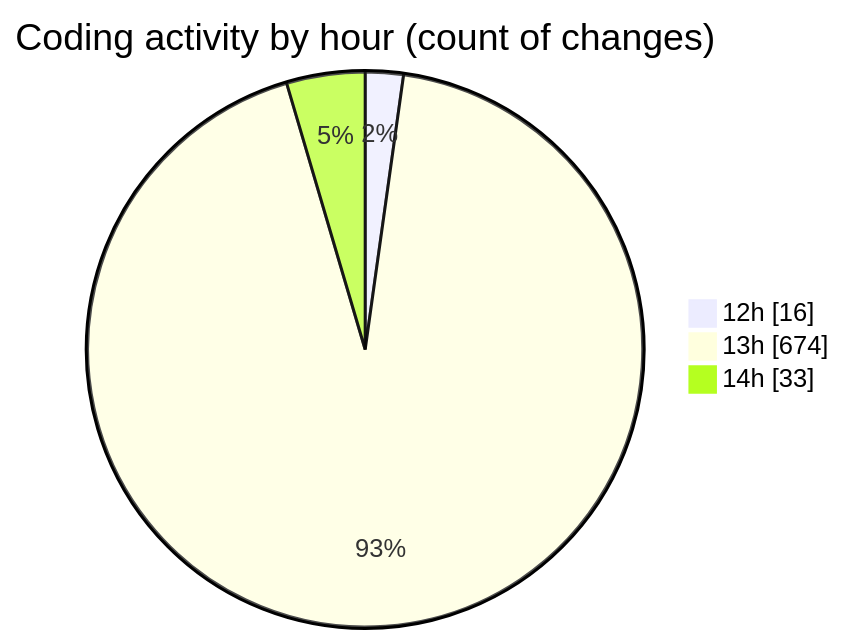
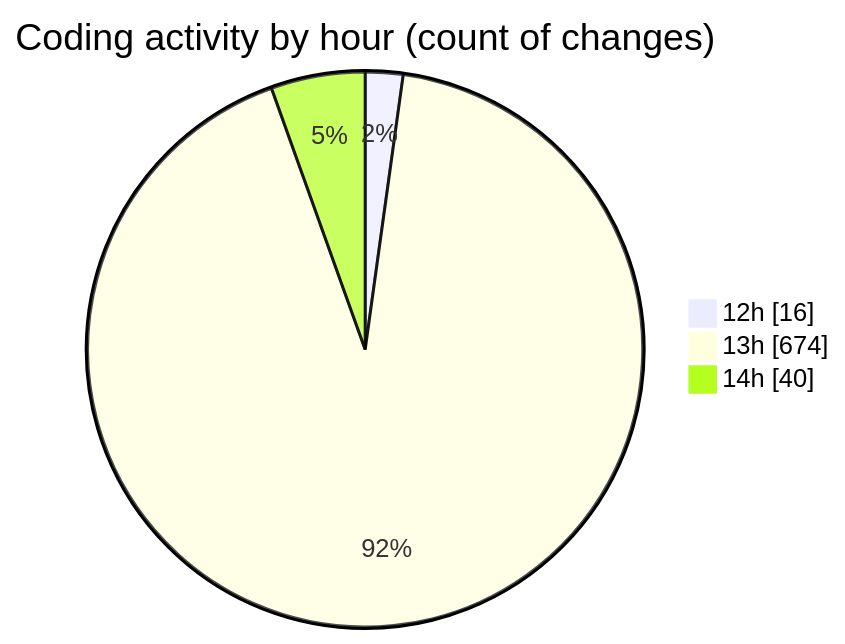
Before and after one commit to vahidmafi/code-tracking: the second of 2 diagrams in 2025-09-16/www/README.md, drawn with Mermaid. The commit also changed other lines of this file and 1 other file, not shown here.

````diff
--- a/2025-09-16/www/README.md
+++ b/2025-09-16/www/README.md
@@ -330,7 +330,7 @@
 ```mermaid
 pie showData
 title Coding activity by hour (count of changes)
 "12h" : 16
 "13h" : 674
-"14h" : 33
+"14h" : 40
 ```
````
